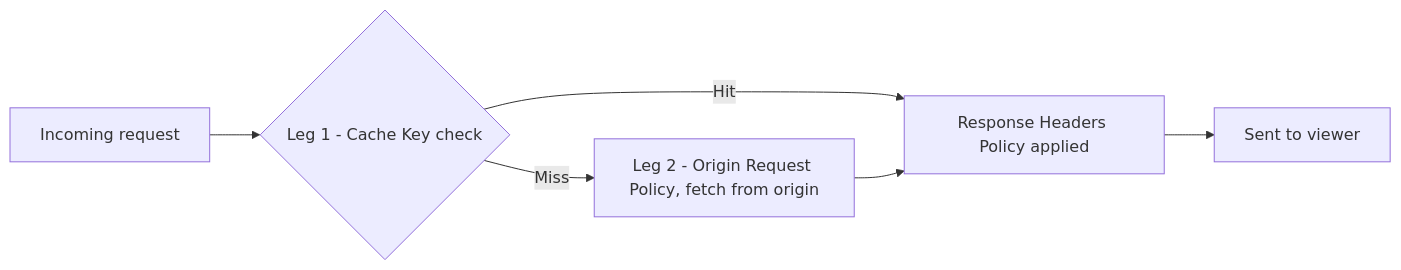
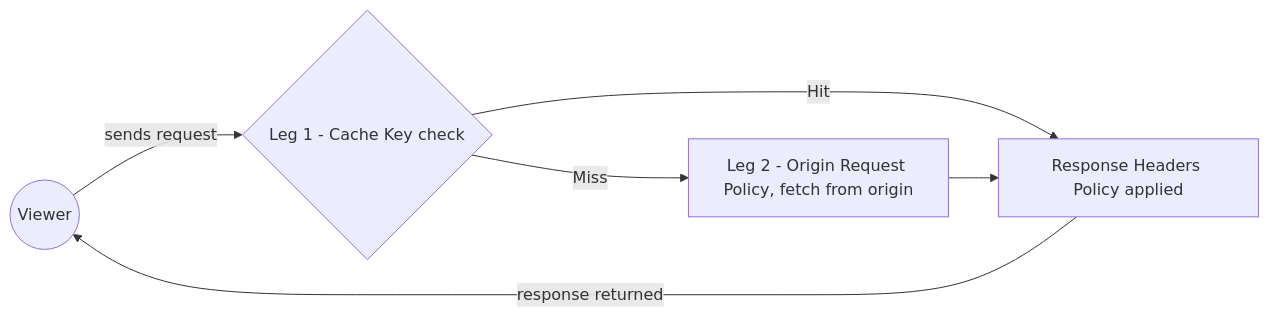
One commit to msdeepak052/AWS_Imp_Concepts changed the diagram in Cloudfront_CDN/10-Default-Cache-Behavior-Response-Header-Policy.md. Above: the diagram before and after it, drawn with Mermaid.

Commit message:
CDN 10 Handson Added

````diff
--- a/Cloudfront_CDN/10-Default-Cache-Behavior-Response-Header-Policy.md
+++ b/Cloudfront_CDN/10-Default-Cache-Behavior-Response-Header-Policy.md
@@ -29,8 +29,8 @@
 ```mermaid
 flowchart LR
-    R["Incoming request"] --> L1{"Leg 1 - Cache Key check"}
+    V(("Viewer")) -->|"sends request"| L1{"Leg 1 - Cache Key check"}
     L1 -->|"Hit"| RHP["Response Headers Policy applied"]
     L1 -->|"Miss"| L2["Leg 2 - Origin Request Policy, fetch from origin"]
     L2 --> RHP
-    RHP --> V["Sent to viewer"]
+    RHP -->|"response returned"| V
 ```
````
